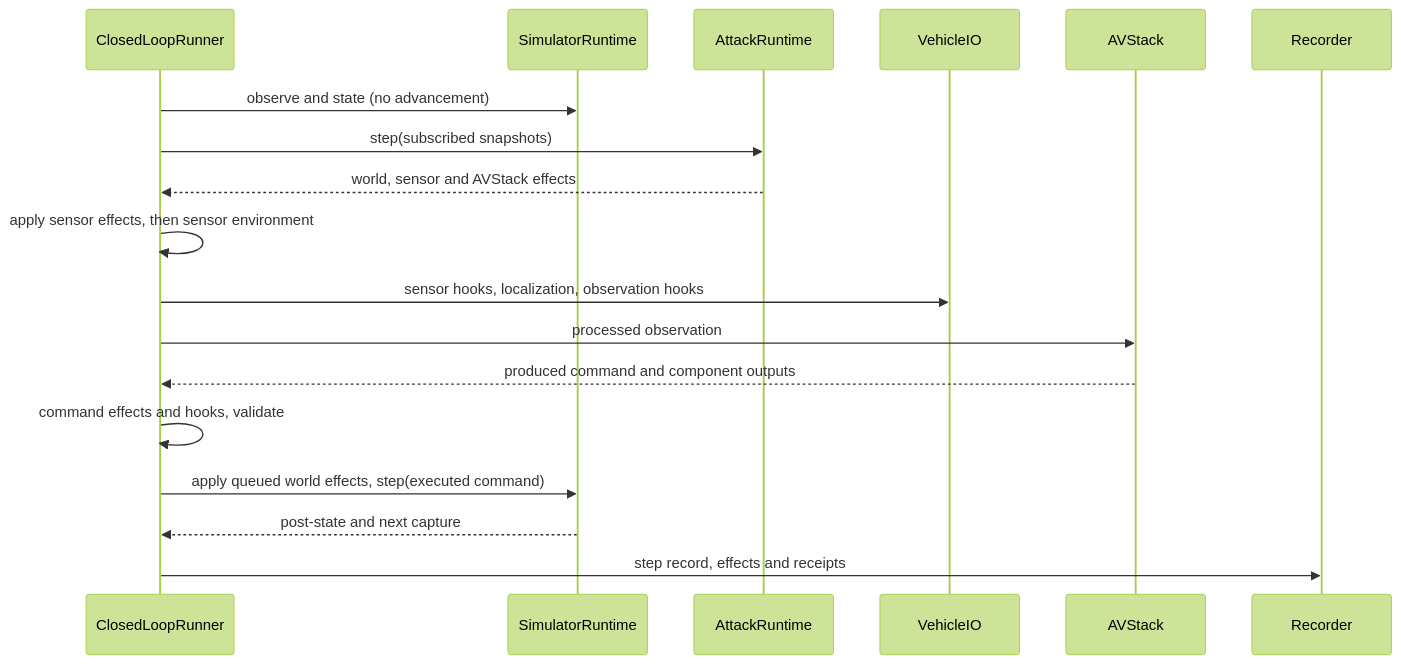
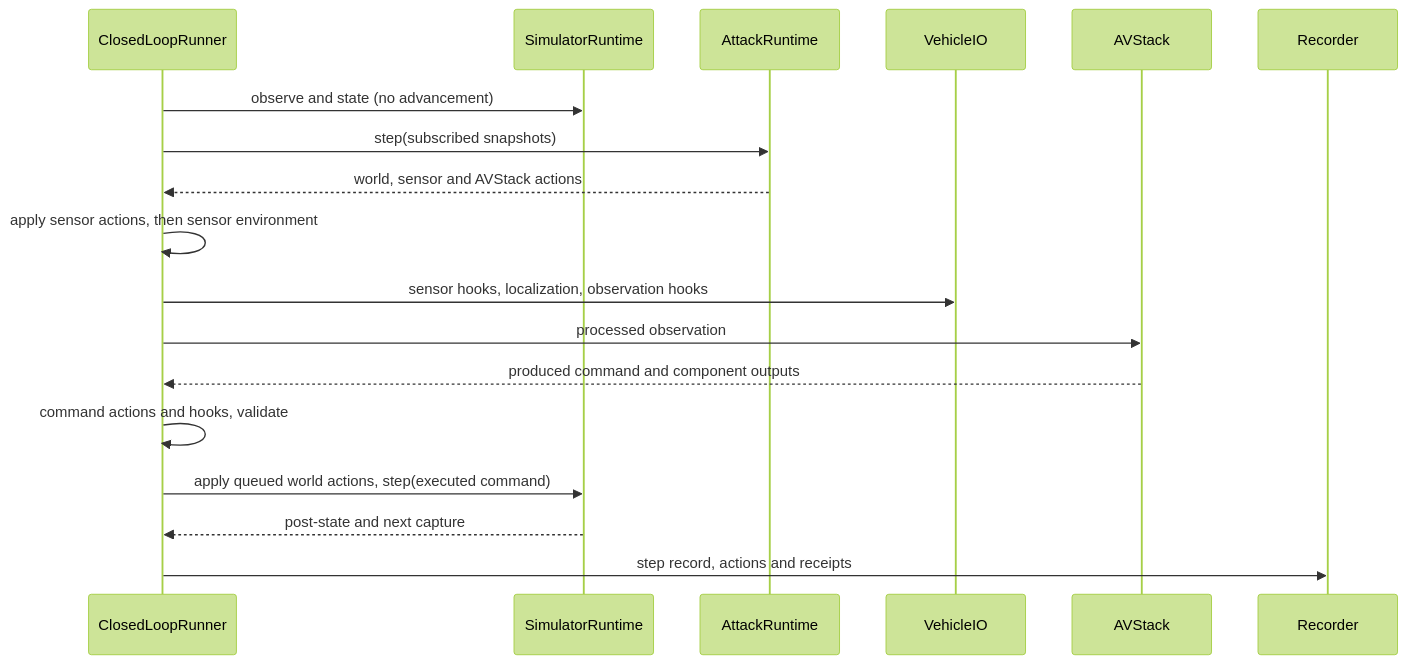
Before and after one commit to AVSecProject/AVSecTester: the diagram in docs/reference/runtime.md, drawn with Mermaid (forest theme). The commit also changed other lines of this file and 74 other files, not shown here.

````diff
--- a/docs/reference/runtime.md
+++ b/docs/reference/runtime.md
@@ -25,20 +25,20 @@
 ```mermaid
 sequenceDiagram
     participant R as ClosedLoopRunner
     participant S as SimulatorRuntime
     participant A as AttackRuntime
     participant V as VehicleIO
     participant D as AVStack
     participant L as Recorder
     R->>S: observe and state (no advancement)
     R->>A: step(subscribed snapshots)
-    A-->>R: world, sensor and AVStack effects
-    R->>R: apply sensor effects, then sensor environment
+    A-->>R: world, sensor and AVStack actions
+    R->>R: apply sensor actions, then sensor environment
     R->>V: sensor hooks, localization, observation hooks
     R->>D: processed observation
     D-->>R: produced command and component outputs
-    R->>R: command effects and hooks, validate
-    R->>S: apply queued world effects, step(executed command)
+    R->>R: command actions and hooks, validate
+    R->>S: apply queued world actions, step(executed command)
     S-->>R: post-state and next capture
-    R->>L: step record, effects and receipts
+    R->>L: step record, actions and receipts
 ```
````
